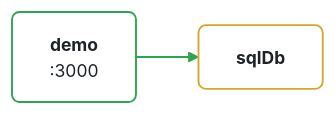
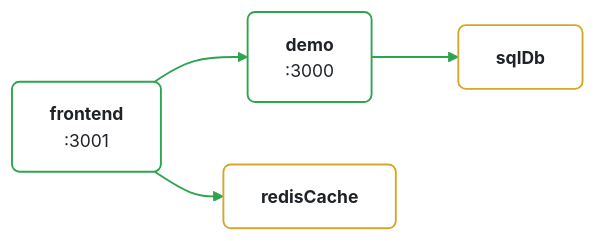
The diagram in README.md (willtsai/radius-todo-app), drawn with Mermaid before and after one commit. The commit also changed other lines of this file and 1 other file, not shown here.

Commit message:
docs: update architecture diagram [automated]

````diff
--- a/README.md
+++ b/README.md
@@ -10,13 +11,21 @@
 ```mermaid
 %%{ init: { 'theme': 'base', 'themeVariables': { 'primaryColor': '#ffffff', 'primaryTextColor': '#1f2328', 'primaryBorderColor': '#d1d9e0', 'lineColor': '#2da44e', 'secondaryColor': '#f6f8fa', 'tertiaryColor': '#ffffff', 'background': '#ffffff', 'mainBkg': '#ffffff', 'nodeBorder': '#d1d9e0', 'clusterBkg': '#f6f8fa', 'clusterBorder': '#d1d9e0', 'fontSize': '14px', 'fontFamily': '-apple-system, BlinkMacSystemFont, Segoe UI, Noto Sans, Helvetica, Arial, sans-serif' } } }%%
 graph LR
     classDef container fill:#ffffff,stroke:#2da44e,stroke-width:1.5px,color:#1f2328,rx:6,ry:6
     classDef datastore fill:#ffffff,stroke:#d4a72c,stroke-width:1.5px,color:#1f2328,rx:6,ry:6
     classDef other fill:#ffffff,stroke:#d1d9e0,stroke-width:1.5px,color:#1f2328,rx:6,ry:6
     demo["<b>demo</b><br/>:3000"]:::container
+    frontend["<b>frontend</b><br/>:3001"]:::container
+    redisCache["<b>redisCache</b>"]:::datastore
     sqlDb["<b>sqlDb</b>"]:::datastore
     demo --> sqlDb
+    frontend --> demo
+    frontend --> redisCache
     click demo href "https://github.com/willtsai/radius-todo-app/blob/main/app.bicep#L14" "app.bicep:14" _blank
+    click frontend href "https://github.com/willtsai/radius-todo-app/blob/main/app.bicep#L48" "app.bicep:48" _blank
+    click redisCache href "https://github.com/willtsai/radius-todo-app/blob/main/app.bicep#L71" "app.bicep:71" _blank
     click sqlDb href "https://github.com/willtsai/radius-todo-app/blob/main/app.bicep#L40" "app.bicep:40" _blank
     linkStyle 0 stroke:#2da44e,stroke-width:1.5px
+    linkStyle 1 stroke:#2da44e,stroke-width:1.5px
+    linkStyle 2 stroke:#2da44e,stroke-width:1.5px
 ```
````
